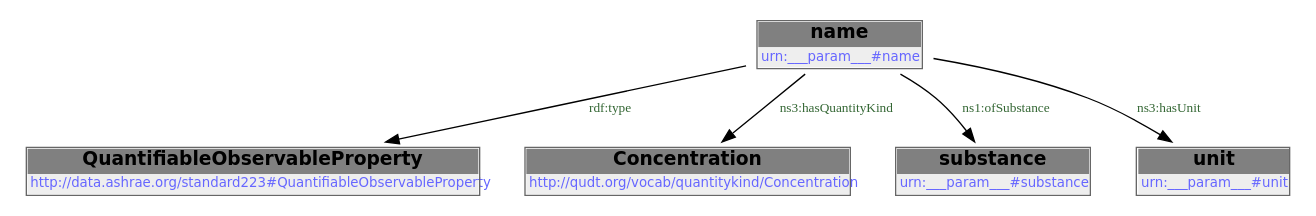
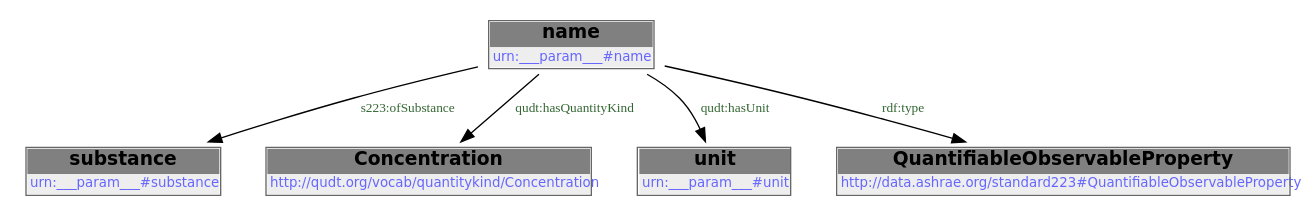
One commit to DataDrivenCPS/water-ontology changed the diagram in docs/libraries/templates/concentration.rst. Above: the diagram before and after it, drawn with Graphviz. The commit also changed other lines of this file and 83 other files, not shown here.

```diff
--- a/docs/libraries/templates/concentration.rst
+++ b/docs/libraries/templates/concentration.rst
@@ -63,14 +55,19 @@
-        .. graphviz::
+.. graphviz::
 
-                digraph G {
-            node [fontname="DejaVu Sans"];
-            node0 -> node1 [color=BLACK, label=< <font point-size='10' color='#336633'>rdf:type</font> >];
-            node0 -> node2 [color=BLACK, label=< <font point-size='10' color='#336633'>ns3:hasQuantityKind</font> >];
-            node0 -> node3 [color=BLACK, label=< <font point-size='10' color='#336633'>ns1:ofSubstance</font> >];
-            node0 -> node4 [color=BLACK, label=< <font point-size='10' color='#336633'>ns3:hasUnit</font> >];
-            node0 [shape=none, color=black, label=< <table color='#666666' cellborder='0' cellspacing='0' border='1'><tr><td colspan='2' bgcolor='grey'><B>name</B></td></tr><tr><td href='urn:___param___#name' bgcolor='#eeeeee' colspan='2'><font point-size='10' color='#6666ff'>urn:___param___#name</font></td></tr></table> >];
-            node1 [shape=none, color=black, label=< <table color='#666666' cellborder='0' cellspacing='0' border='1'><tr><td colspan='2' bgcolor='grey'><B>QuantifiableObservableProperty</B></td></tr><tr><td href='http://data.ashrae.org/standard223#QuantifiableObservableProperty' bgcolor='#eeeeee' colspan='2'><font point-size='10' color='#6666ff'>http://data.ashrae.org/standard223#QuantifiableObservableProperty</font></td></tr></table> >];
-            node2 [shape=none, color=black, label=< <table color='#666666' cellborder='0' cellspacing='0' border='1'><tr><td colspan='2' bgcolor='grey'><B>Concentration</B></td></tr><tr><td href='http://qudt.org/vocab/quantitykind/Concentration' bgcolor='#eeeeee' colspan='2'><font point-size='10' color='#6666ff'>http://qudt.org/vocab/quantitykind/Concentration</font></td></tr></table> >];
-            node3 [shape=none, color=black, label=< <table color='#666666' cellborder='0' cellspacing='0' border='1'><tr><td colspan='2' bgcolor='grey'><B>substance</B></td></tr><tr><td href='urn:___param___#substance' bgcolor='#eeeeee' colspan='2'><font point-size='10' color='#6666ff'>urn:___param___#substance</font></td></tr></table> >];
-            node4 [shape=none, color=black, label=< <table color='#666666' cellborder='0' cellspacing='0' border='1'><tr><td colspan='2' bgcolor='grey'><B>unit</B></td></tr><tr><td href='urn:___param___#unit' bgcolor='#eeeeee' colspan='2'><font point-size='10' color='#6666ff'>urn:___param___#unit</font></td></tr></table> >];
-            }
+    digraph {
+     node [ fontname="DejaVu Sans" ] ;
+        node0 -> node1 [ color=BLACK, label=< <font point-size='10' color='#336633'>s223:ofSubstance</font> > ] ;
+        node0 -> node2 [ color=BLACK, label=< <font point-size='10' color='#336633'>qudt:hasQuantityKind</font> > ] ;
+        node0 -> node3 [ color=BLACK, label=< <font point-size='10' color='#336633'>qudt:hasUnit</font> > ] ;
+        node0 -> node4 [ color=BLACK, label=< <font point-size='10' color='#336633'>rdf:type</font> > ] ;
+    # urn:___param___#name node0
+    node0 [ shape=none, color=black label=< <table color='#666666' cellborder='0' cellspacing='0' border='1'><tr><td colspan='2' bgcolor='grey'><B>name</B></td></tr><tr><td href='urn:___param___#name' bgcolor='#eeeeee' colspan='2'><font point-size='10' color='#6666ff'>urn:___param___#name</font></td></tr></table> > ]
+    # urn:___param___#substance node1
+    node1 [ shape=none, color=black label=< <table color='#666666' cellborder='0' cellspacing='0' border='1'><tr><td colspan='2' bgcolor='grey'><B>substance</B></td></tr><tr><td href='urn:___param___#substance' bgcolor='#eeeeee' colspan='2'><font point-size='10' color='#6666ff'>urn:___param___#substance</font></td></tr></table> > ]
+    # http://qudt.org/vocab/quantitykind/Concentration node2
+    node2 [ shape=none, color=black label=< <table color='#666666' cellborder='0' cellspacing='0' border='1'><tr><td colspan='2' bgcolor='grey'><B>Concentration</B></td></tr><tr><td href='http://qudt.org/vocab/quantitykind/Concentration' bgcolor='#eeeeee' colspan='2'><font point-size='10' color='#6666ff'>http://qudt.org/vocab/quantitykind/Concentration</font></td></tr></table> > ]
+    # urn:___param___#unit node3
+    node3 [ shape=none, color=black label=< <table color='#666666' cellborder='0' cellspacing='0' border='1'><tr><td colspan='2' bgcolor='grey'><B>unit</B></td></tr><tr><td href='urn:___param___#unit' bgcolor='#eeeeee' colspan='2'><font point-size='10' color='#6666ff'>urn:___param___#unit</font></td></tr></table> > ]
+    # http://data.ashrae.org/standard223#QuantifiableObservableProperty node4
+    node4 [ shape=none, color=black label=< <table color='#666666' cellborder='0' cellspacing='0' border='1'><tr><td colspan='2' bgcolor='grey'><B>QuantifiableObservableProperty</B></td></tr><tr><td href='http://data.ashrae.org/standard223#QuantifiableObservableProperty' bgcolor='#eeeeee' colspan='2'><font point-size='10' color='#6666ff'>http://data.ashrae.org/standard223#QuantifiableObservableProperty</font></td></tr></table> > ]
+    }
```
